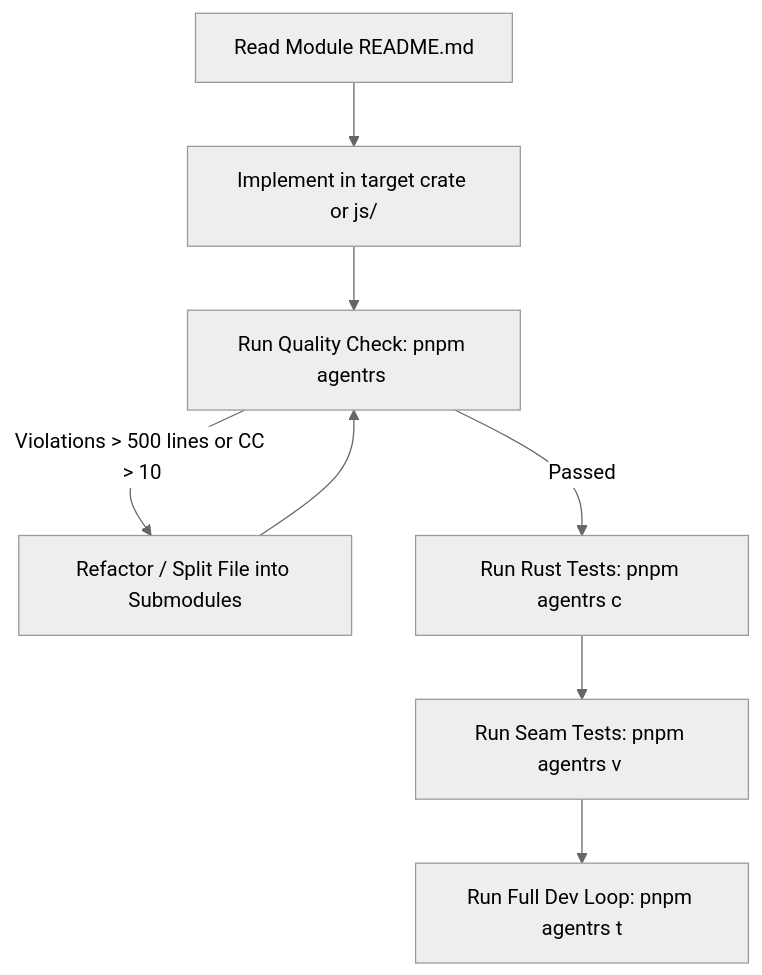
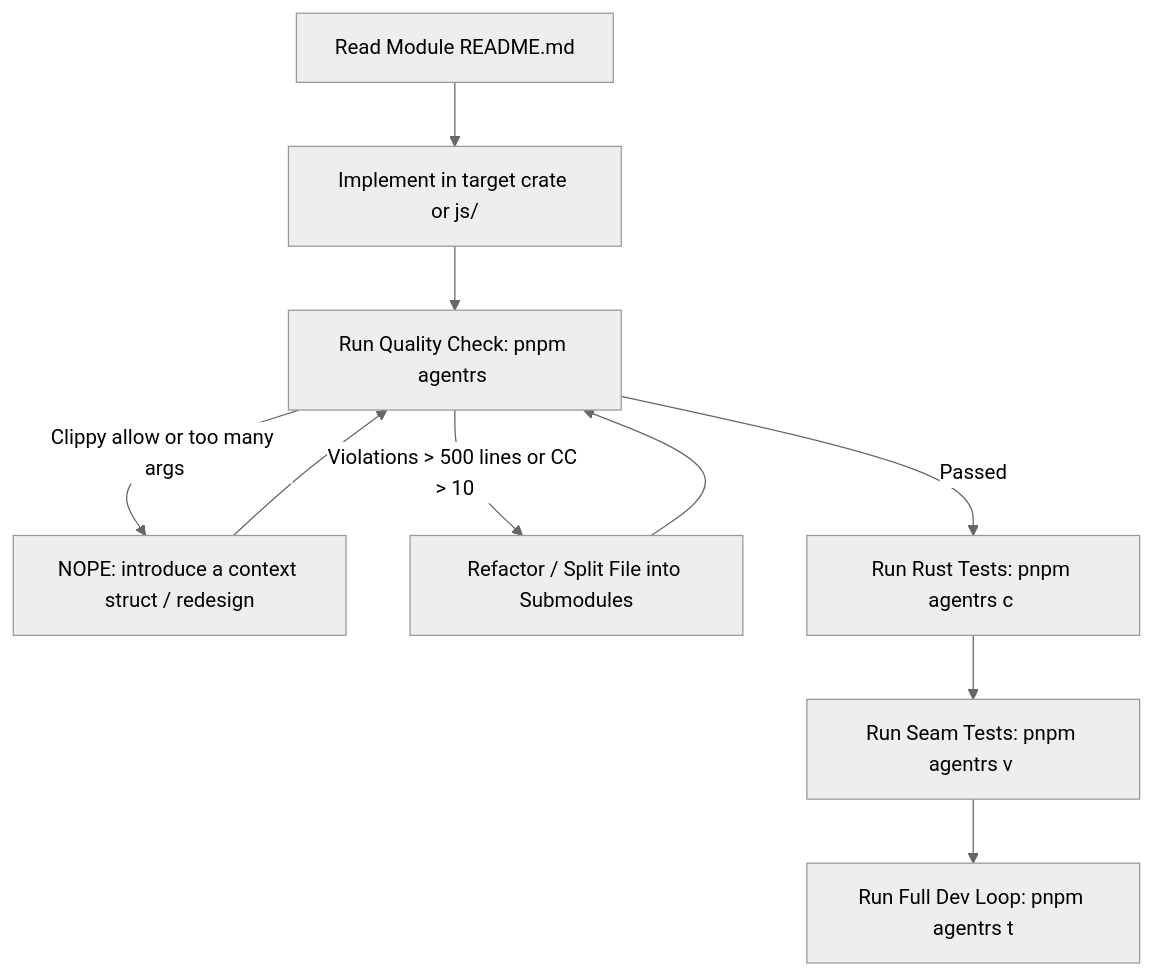
The diagram in .agents/skills/agent-rs/SKILL.md (reference-ui/reference-ui), drawn with Mermaid (neutral theme) before and after one commit. The commit also changed other lines of this file and 101 other files, not shown here.

````diff
--- a/.agents/skills/agent-rs/SKILL.md
+++ b/.agents/skills/agent-rs/SKILL.md
@@ -138,10 +182,12 @@
 ```mermaid
 flowchart TD
     A[Read Module README.md] --> B[Implement in target crate or js/]
     B --> C[Run Quality Check: pnpm agentrs <file>]
+    C -->|Clippy allow or too many args| D2[NOPE: introduce a context struct / redesign]
+    D2 --> C
     C -->|Violations > 500 lines or CC > 10| D[Refactor / Split File into Submodules]
     D --> C
     C -->|Passed| E[Run Rust Tests: pnpm agentrs c <crate>]
     E --> F[Run Seam Tests: pnpm agentrs v <test>]
     F --> G[Run Full Dev Loop: pnpm agentrs t]
 ```
````
